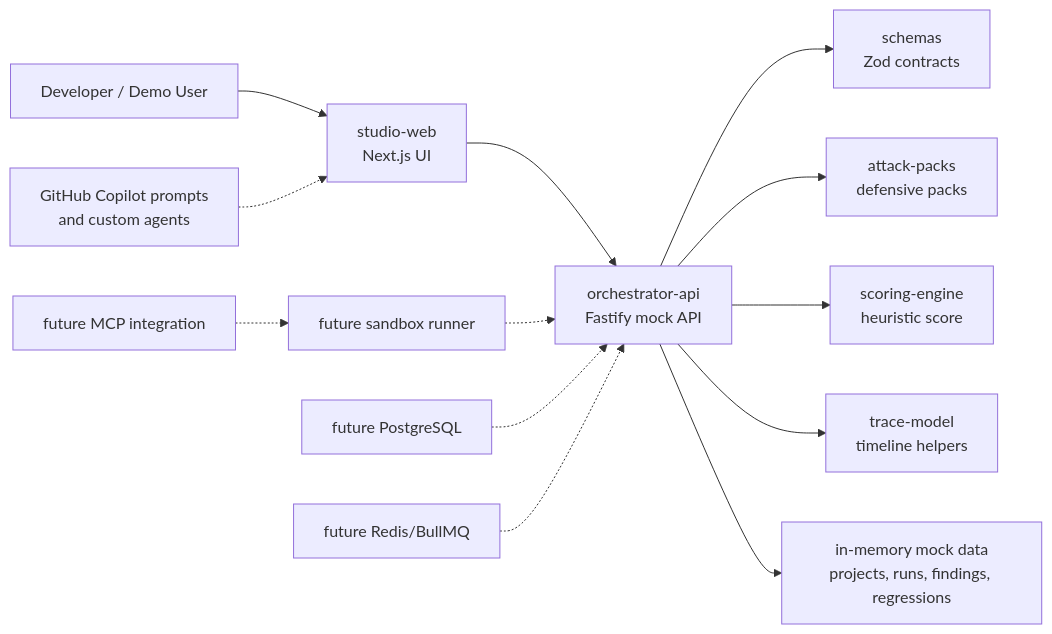
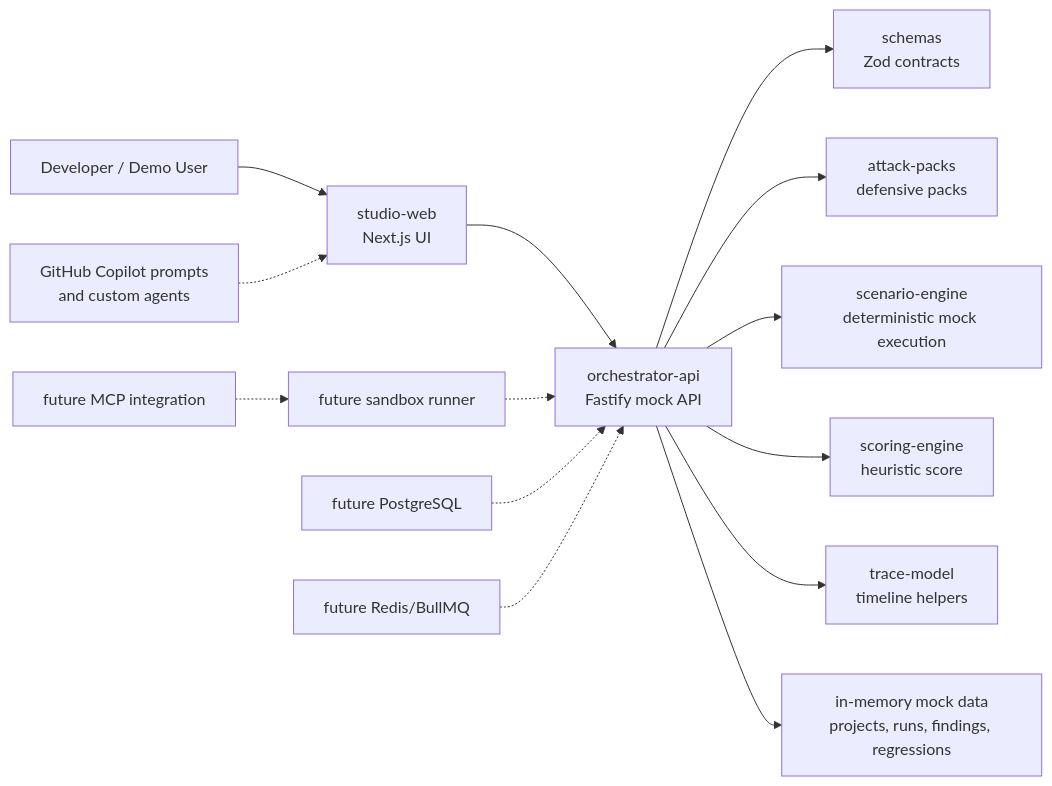
One commit to RandomEdge999/FailSafe changed the diagram in docs/architecture.md. Above: the diagram before and after it, drawn with Mermaid. The commit also changed other lines of this file and 22 other files, not shown here.

Commit message:
feat: add deterministic mock scenario replay

````diff
--- a/docs/architecture.md
+++ b/docs/architecture.md
@@ -7,15 +7,16 @@
 ```mermaid
 flowchart LR
   User["Developer / Demo User"] --> Studio["studio-web<br/>Next.js UI"]
   Studio --> API["orchestrator-api<br/>Fastify mock API"]
   API --> Schemas["schemas<br/>Zod contracts"]
   API --> Packs["attack-packs<br/>defensive packs"]
+  API --> ScenarioEngine["scenario-engine<br/>deterministic mock execution"]
   API --> Scoring["scoring-engine<br/>heuristic score"]
   API --> Trace["trace-model<br/>timeline helpers"]
   API --> MockData["in-memory mock data<br/>projects, runs, findings, regressions"]
   FutureRunner["future sandbox runner"] -.-> API
   FutureStore["future PostgreSQL"] -.-> API
   FutureQueue["future Redis/BullMQ"] -.-> API
   FutureMcp["future MCP integration"] -.-> FutureRunner
   Copilot["GitHub Copilot prompts<br/>and custom agents"] -.-> Studio
 ```
````
